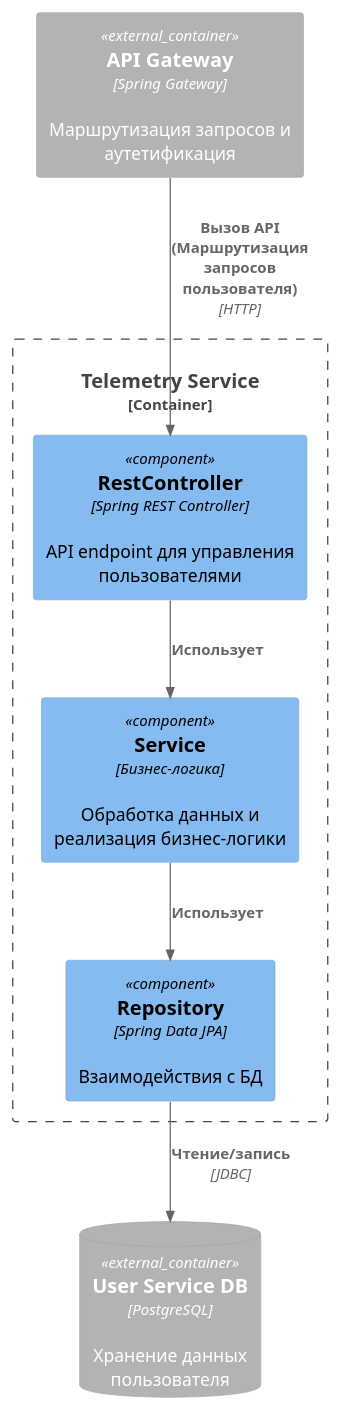
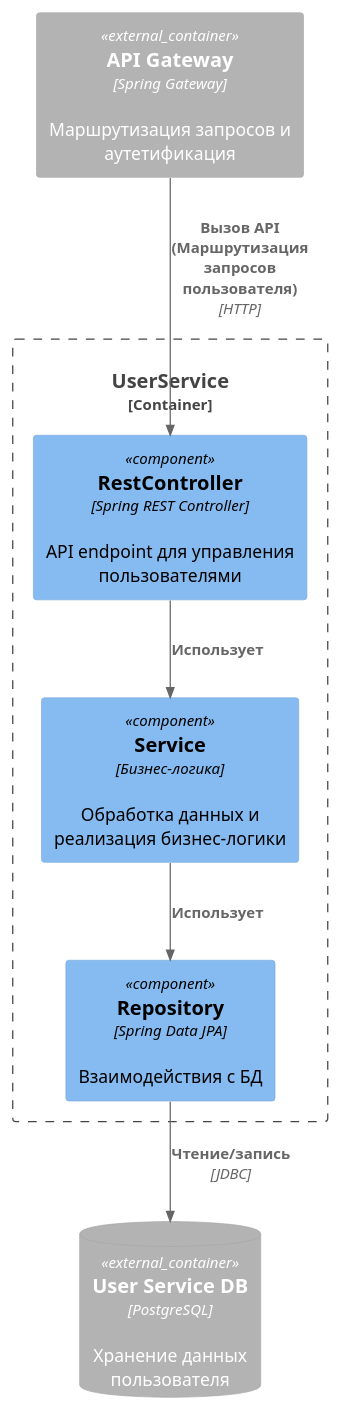
One commit to Maksina/Yandex-Practicum---Project-1 changed the diagram in schemas/components/user_service/components_userservice.plantuml. Above: the diagram before and after it, drawn with PlantUML. The commit also changed 8 other files, not shown here.

```diff
--- a/schemas/components/user_service/components_userservice.plantuml
+++ b/schemas/components/user_service/components_userservice.plantuml
@@ -1,20 +1,20 @@
 @startuml components
 
 !include  https://raw.githubusercontent.com/plantuml-stdlib/C4-PlantUML/master/C4_Component.puml
 
 Container_Ext(apigw, "API Gateway", "Spring Gateway", "Маршрутизация запросов и аутетификация")
 
-Container_Boundary(userService, "Telemetry Service"){
+Container_Boundary(userService, "UserService"){
     Component(controller, "RestController", "Spring REST Controller", "API endpoint для управления пользователями")
     Component(service, "Service", "Бизнес-логика", "Обработка данных и реализация бизнес-логики")
     Component(repository, "Repository", "Spring Data JPA", "Взаимодействия с БД")
 }
 
 ContainerDb_Ext(userdb, "User Service DB", "PostgreSQL", "Хранение данных пользователя")
 
 Rel(apigw, controller, "Вызов API (Маршрутизация запросов пользователя)", "HTTP")
 Rel(controller, service, "Использует")
 Rel(service, repository, "Использует")
 Rel(repository, userdb, "Чтение/запись", "JDBC")
 
 @enduml 
```
